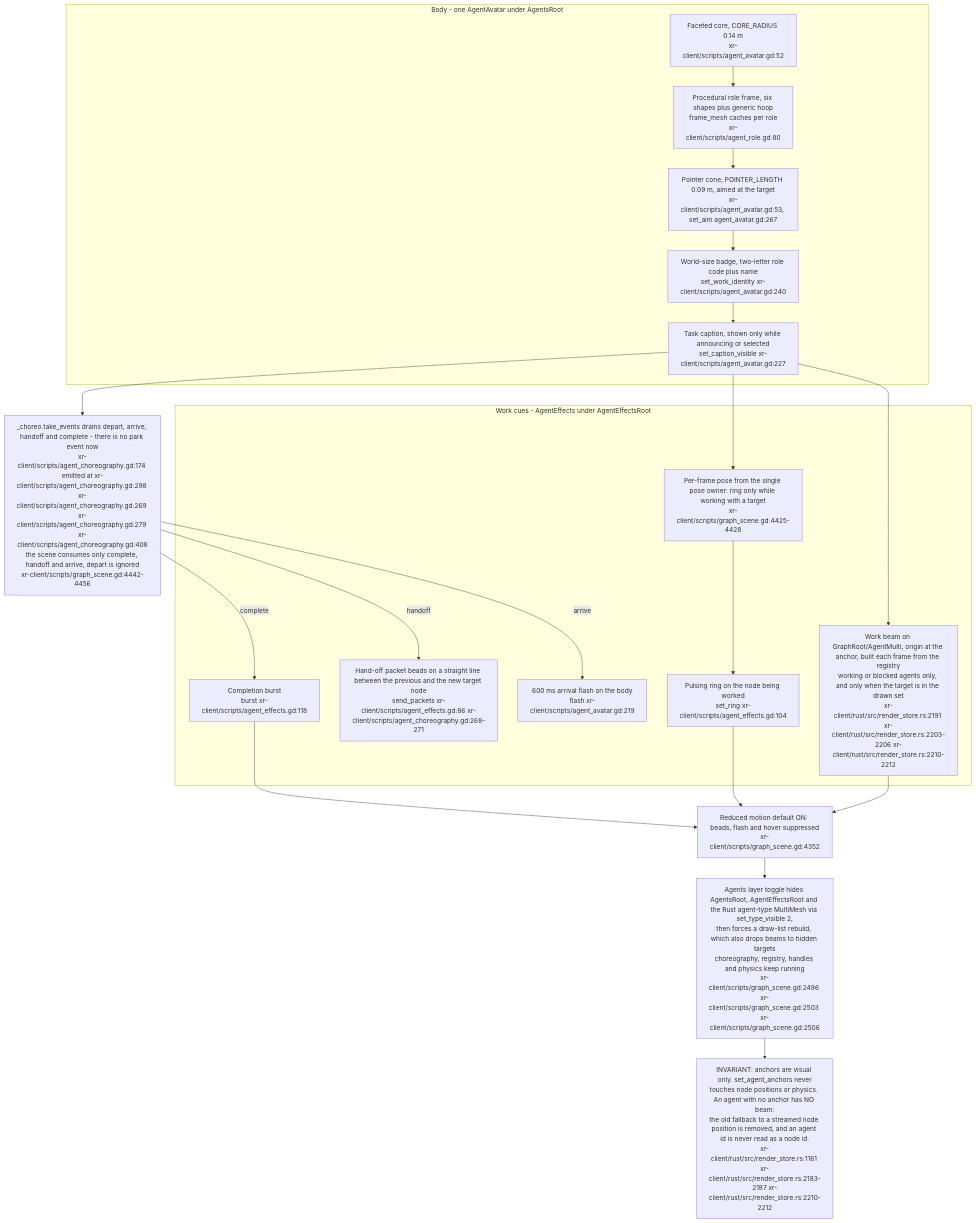
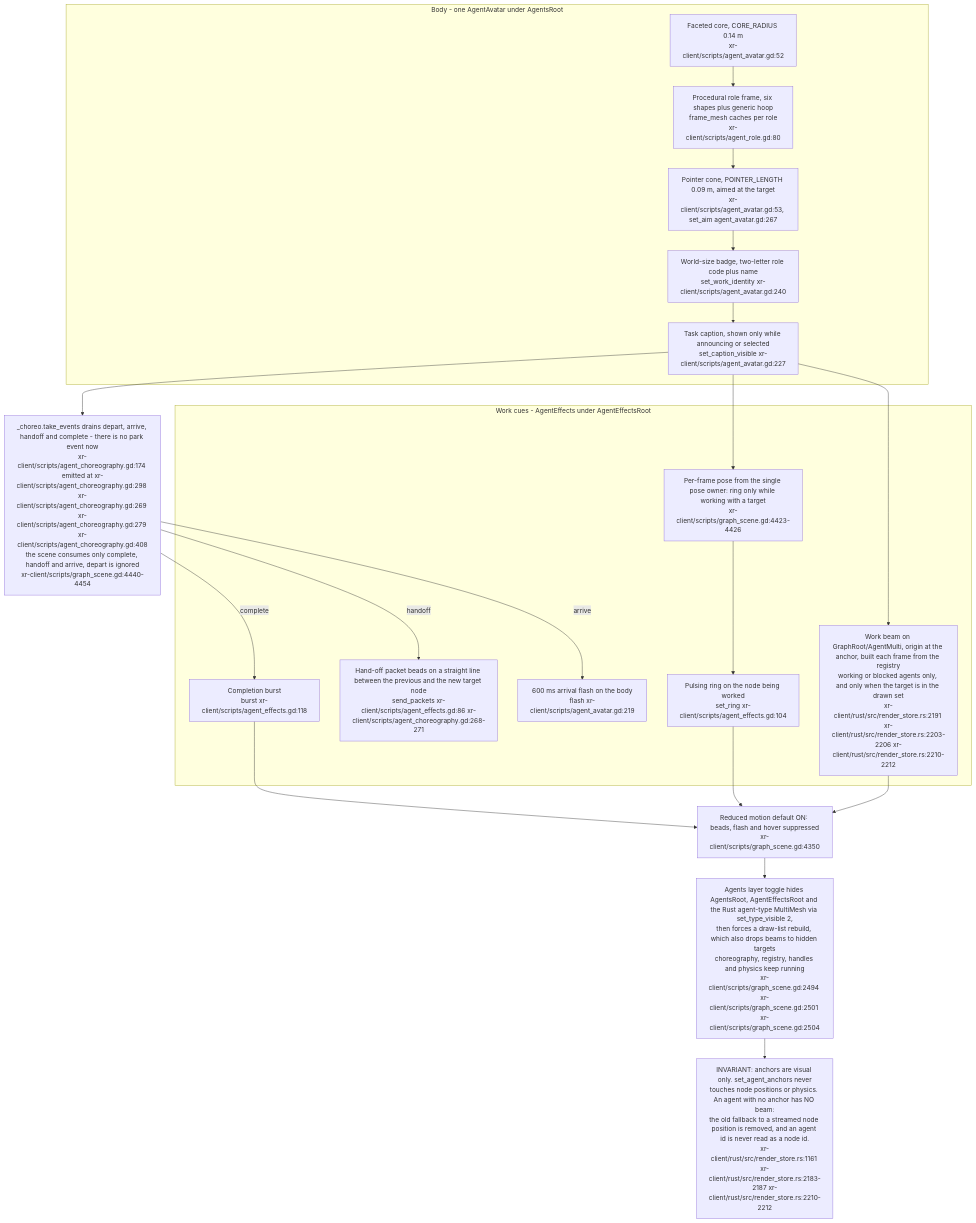
Before and after one commit to DreamLab-AI/VisionFlow: diagram 23 of 30 in docs/diagrams/visionclaw/36-godot-xr-client.md, drawn with Mermaid. The commit also changed other lines of this file and 7 other files, not shown here.

First line of the commit message:
diagrams(visionclaw): re-verify VC-34 to VC-40 and VC-42 at visionclaw 4900ec6, agentbox 59b1aca

````diff
--- a/docs/diagrams/visionclaw/36-godot-xr-client.md
+++ b/docs/diagrams/visionclaw/36-godot-xr-client.md
@@ -1206,32 +1206,32 @@
 ```mermaid
 flowchart TB
     subgraph body["Body - one AgentAvatar under AgentsRoot"]
         CORE["Faceted core, CORE_RADIUS 0.14 m<br/>xr-client/scripts/agent_avatar.gd:52"]
         FRAME["Procedural role frame, six shapes plus generic hoop<br/>frame_mesh caches per role<br/>xr-client/scripts/agent_role.gd:80"]
         PTR["Pointer cone, POINTER_LENGTH 0.09 m, aimed at the target<br/>xr-client/scripts/agent_avatar.gd:53, set_aim agent_avatar.gd:267"]
         BADGE["World-size badge, two-letter role code plus name<br/>set_work_identity xr-client/scripts/agent_avatar.gd:240"]
         CAP["Task caption, shown only while announcing or selected<br/>set_caption_visible xr-client/scripts/agent_avatar.gd:227"]
     end
     subgraph fx["Work cues - AgentEffects under AgentEffectsRoot"]
         RING["Pulsing ring on the node being worked<br/>set_ring xr-client/scripts/agent_effects.gd:104"]
         BEADS["Hand-off packet beads on a straight line between the previous and the new target node<br/>send_packets xr-client/scripts/agent_effects.gd:86 xr-client/scripts/agent_choreography.gd:268-271"]
         FLASH["600 ms arrival flash on the body<br/>flash xr-client/scripts/agent_avatar.gd:219"]
         BURST["Completion burst<br/>burst xr-client/scripts/agent_effects.gd:118"]
         BEAM["Work beam on GraphRoot/AgentMulti, origin at the anchor, built each frame from the registry<br/>working or blocked agents only, and only when the target is in the drawn set<br/>xr-client/rust/src/render_store.rs:2191 xr-client/rust/src/render_store.rs:2203-2206 xr-client/rust/src/render_store.rs:2210-2212"]
-        POSE["Per-frame pose from the single pose owner: ring only while working with a target<br/>xr-client/scripts/graph_scene.gd:4425-4428"]
+        POSE["Per-frame pose from the single pose owner: ring only while working with a target<br/>xr-client/scripts/graph_scene.gd:4423-4426"]
     end
-    EV["_choreo.take_events drains depart, arrive, handoff and complete - there is no park event now<br/>xr-client/scripts/agent_choreography.gd:174 emitted at xr-client/scripts/agent_choreography.gd:298 xr-client/scripts/agent_choreography.gd:269 xr-client/scripts/agent_choreography.gd:279 xr-client/scripts/agent_choreography.gd:408<br/>the scene consumes only complete, handoff and arrive, depart is ignored<br/>xr-client/scripts/graph_scene.gd:4442-4456"]
-    RM["Reduced motion default ON: beads, flash and hover suppressed<br/>xr-client/scripts/graph_scene.gd:4352"]
-    TOG["Agents layer toggle hides AgentsRoot, AgentEffectsRoot and the Rust agent-type MultiMesh via set_type_visible 2,<br/>then forces a draw-list rebuild, which also drops beams to hidden targets<br/>choreography, registry, handles and physics keep running<br/>xr-client/scripts/graph_scene.gd:2496 xr-client/scripts/graph_scene.gd:2503 xr-client/scripts/graph_scene.gd:2506"]
+    EV["_choreo.take_events drains depart, arrive, handoff and complete - there is no park event now<br/>xr-client/scripts/agent_choreography.gd:174 emitted at xr-client/scripts/agent_choreography.gd:298 xr-client/scripts/agent_choreography.gd:269 xr-client/scripts/agent_choreography.gd:279 xr-client/scripts/agent_choreography.gd:408<br/>the scene consumes only complete, handoff and arrive, depart is ignored<br/>xr-client/scripts/graph_scene.gd:4440-4454"]
+    RM["Reduced motion default ON: beads, flash and hover suppressed<br/>xr-client/scripts/graph_scene.gd:4350"]
+    TOG["Agents layer toggle hides AgentsRoot, AgentEffectsRoot and the Rust agent-type MultiMesh via set_type_visible 2,<br/>then forces a draw-list rebuild, which also drops beams to hidden targets<br/>choreography, registry, handles and physics keep running<br/>xr-client/scripts/graph_scene.gd:2494 xr-client/scripts/graph_scene.gd:2501 xr-client/scripts/graph_scene.gd:2504"]
     CORE --> FRAME --> PTR --> BADGE --> CAP
     CAP --> EV
     EV -->|"handoff"| BEADS
     EV -->|"arrive"| FLASH
     EV -->|"complete"| BURST
     CAP --> POSE --> RING
     CAP --> BEAM
     BURST --> RM
     RING --> RM
     BEAM --> RM --> TOG
     TOG --> INV["INVARIANT: anchors are visual only. set_agent_anchors never<br/>touches node positions or physics. An agent with no anchor has NO beam:<br/>the old fallback to a streamed node position is removed, and an agent id is never read as a node id.<br/>xr-client/rust/src/render_store.rs:1161 xr-client/rust/src/render_store.rs:2183-2187 xr-client/rust/src/render_store.rs:2210-2212"]
 ```
````
